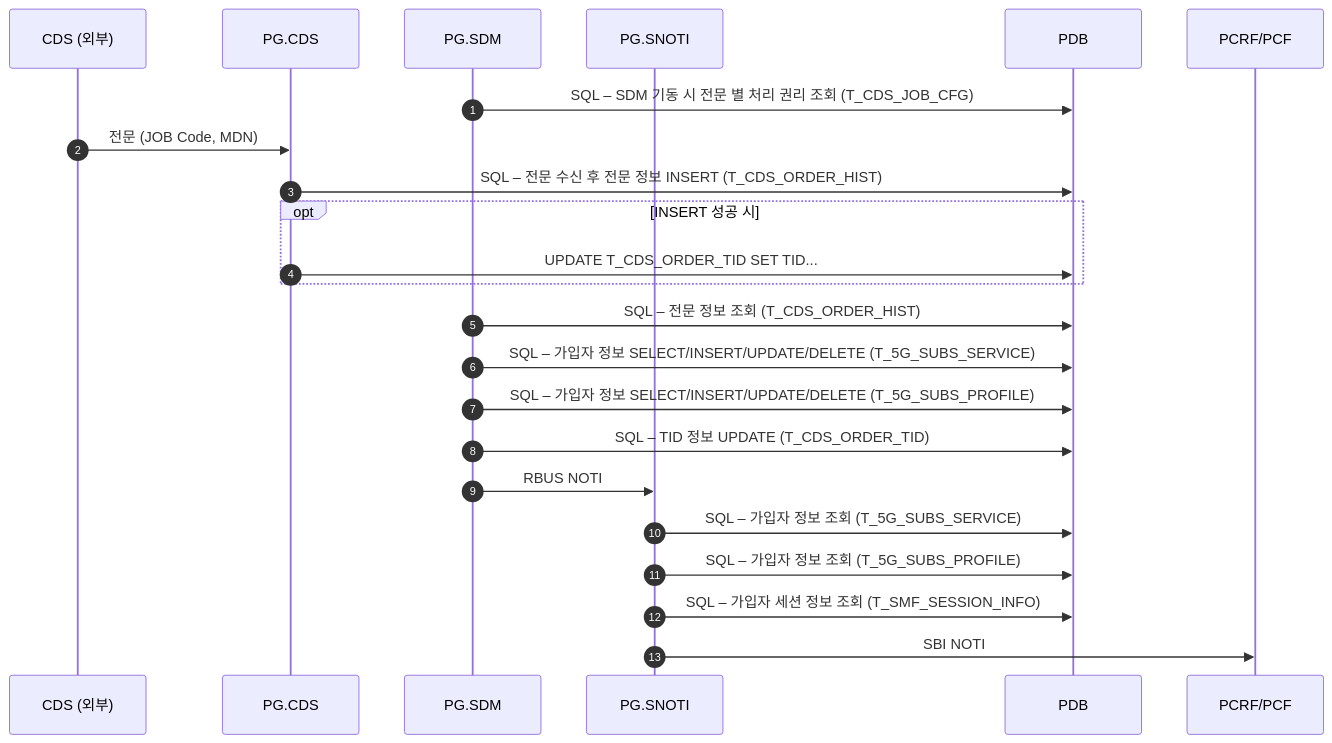
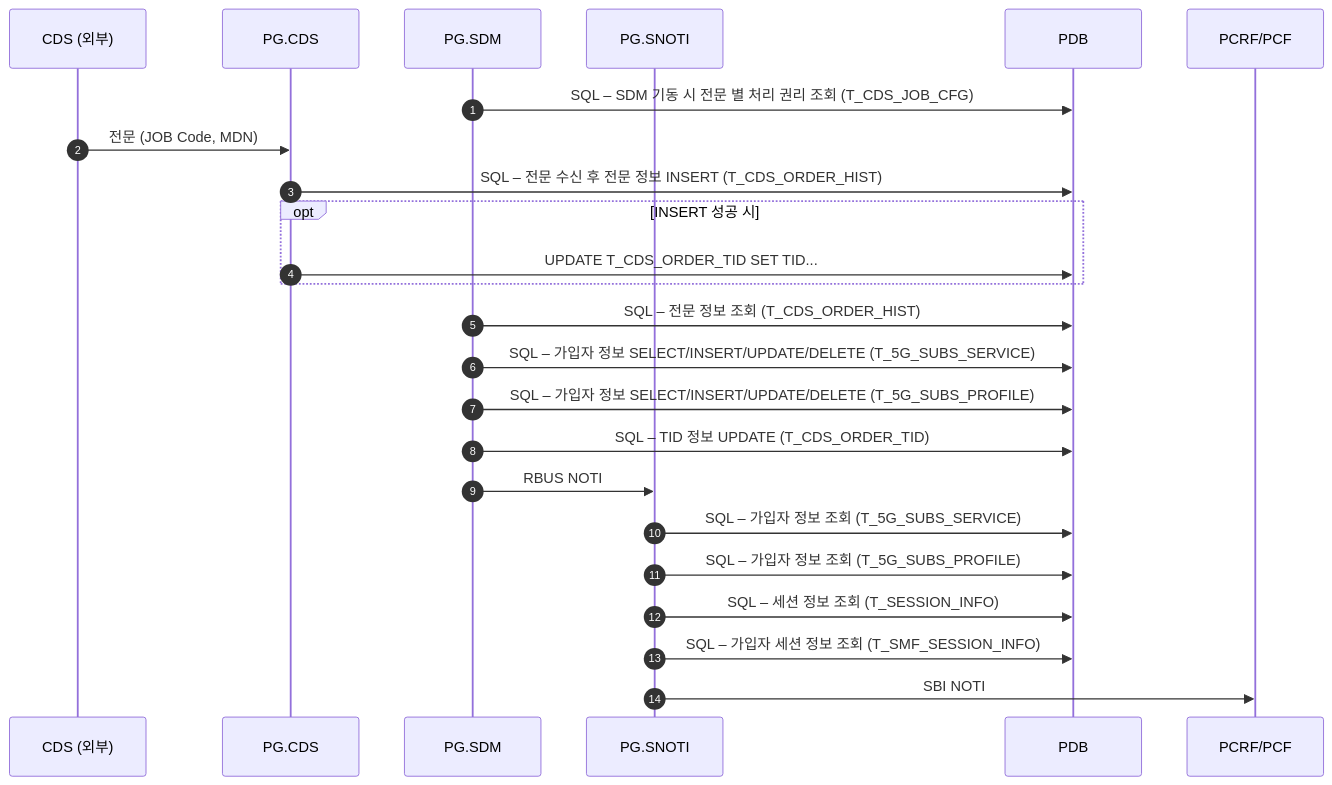
One commit to IanKim2030/tc4robot changed the second of 3 diagrams in docs/callflow/CDS_X1.md. Above: the diagram before and after it, drawn with Mermaid. The commit also changed other lines of this file and 19 other files, not shown here.

````diff
--- a/docs/callflow/CDS_X1.md
+++ b/docs/callflow/CDS_X1.md
@@ -90,26 +90,27 @@
 ```mermaid
 sequenceDiagram
     autonumber
     participant CDS as CDS (외부)
     participant PCDS as PG.CDS
     participant SDM as PG.SDM
     participant SNOTI as PG.SNOTI
     participant PDB as PDB
     participant PCF as PCRF/PCF
 
     SDM->>PDB: SQL – SDM 기동 시 전문 별 처리 권리 조회 (T_CDS_JOB_CFG)
     CDS->>PCDS: 전문 (JOB Code, MDN)
     PCDS->>PDB: SQL – 전문 수신 후 전문 정보 INSERT (T_CDS_ORDER_HIST)
     opt INSERT 성공 시
         PCDS->>PDB: UPDATE T_CDS_ORDER_TID SET TID...
     end
     SDM->>PDB: SQL – 전문 정보 조회 (T_CDS_ORDER_HIST)
     SDM->>PDB: SQL – 가입자 정보 SELECT/INSERT/UPDATE/DELETE (T_5G_SUBS_SERVICE)
     SDM->>PDB: SQL – 가입자 정보 SELECT/INSERT/UPDATE/DELETE (T_5G_SUBS_PROFILE)
     SDM->>PDB: SQL – TID 정보 UPDATE (T_CDS_ORDER_TID)
     SDM->>SNOTI: RBUS NOTI
     SNOTI->>PDB: SQL – 가입자 정보 조회 (T_5G_SUBS_SERVICE)
     SNOTI->>PDB: SQL – 가입자 정보 조회 (T_5G_SUBS_PROFILE)
+    SNOTI->>PDB: SQL – 세션 정보 조회 (T_SESSION_INFO)
     SNOTI->>PDB: SQL – 가입자 세션 정보 조회 (T_SMF_SESSION_INFO)
     SNOTI->>PCF: SBI NOTI
 ```
````
